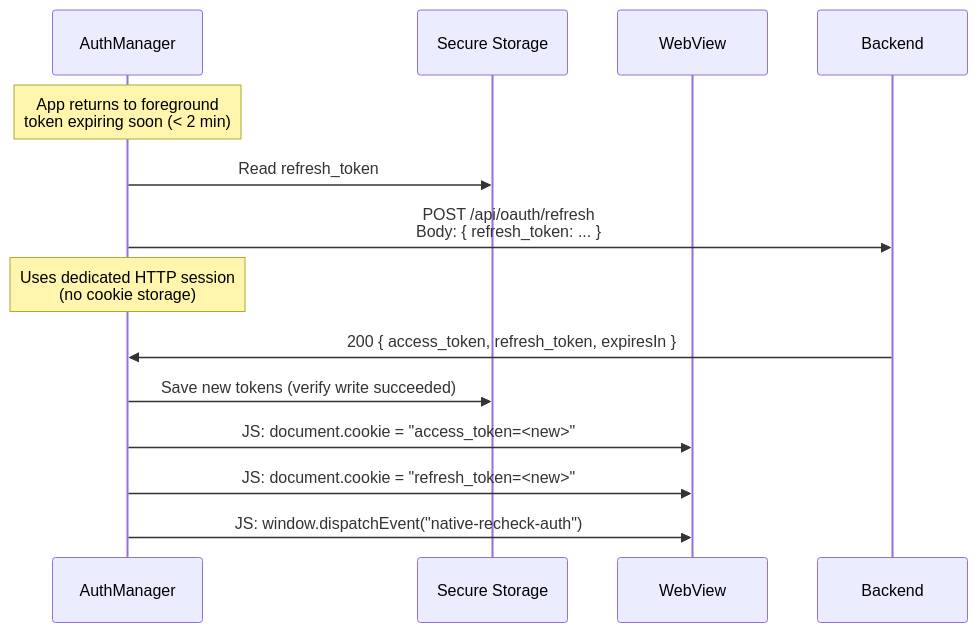
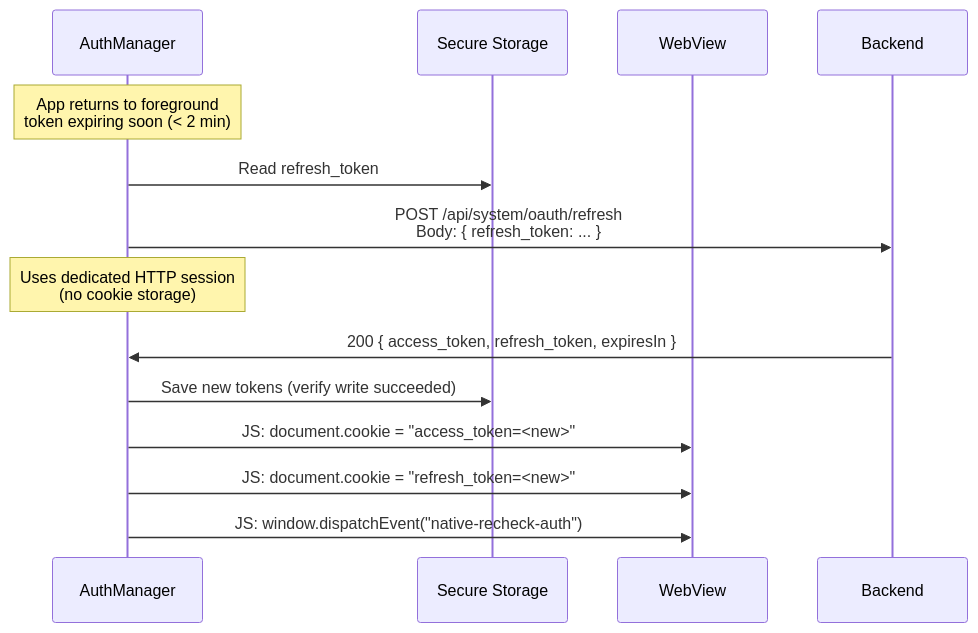
Before and after one commit to xiaoyuanzhu-com/my-life-db-docs: the fourth of 6 diagrams in src/content/docs/internal/components/authentication.md, drawn with Mermaid. The commit also changed other lines of this file and 1 other file, not shown here.

First line of the commit message:
docs(auth): update OAuth path references to /api/system/oauth/*

````diff
--- a/src/content/docs/internal/components/authentication.md
+++ b/src/content/docs/internal/components/authentication.md
@@ -426,17 +426,17 @@
 ```mermaid
 sequenceDiagram
     participant AM as AuthManager
     participant KS as Secure Storage
     participant WV as WebView
     participant BE as Backend
 
     Note over AM: App returns to foreground<br/>token expiring soon (< 2 min)
     AM->>KS: Read refresh_token
-    AM->>BE: POST /api/oauth/refresh<br/>Body: { refresh_token: ... }
+    AM->>BE: POST /api/system/oauth/refresh<br/>Body: { refresh_token: ... }
     Note over AM: Uses dedicated HTTP session<br/>(no cookie storage)
     BE->>AM: 200 { access_token, refresh_token, expiresIn }
     AM->>KS: Save new tokens (verify write succeeded)
     AM->>WV: JS: document.cookie = "access_token=<new>"
     AM->>WV: JS: document.cookie = "refresh_token=<new>"
     AM->>WV: JS: window.dispatchEvent("native-recheck-auth")
 ```
````
